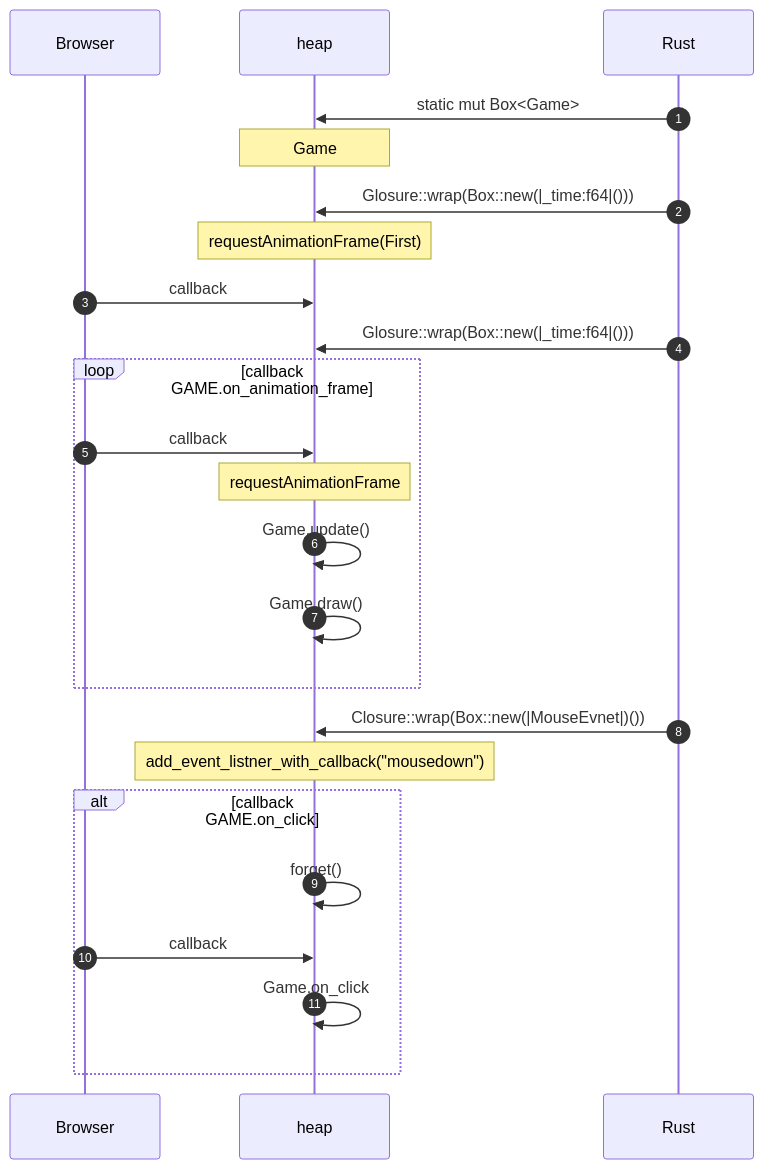
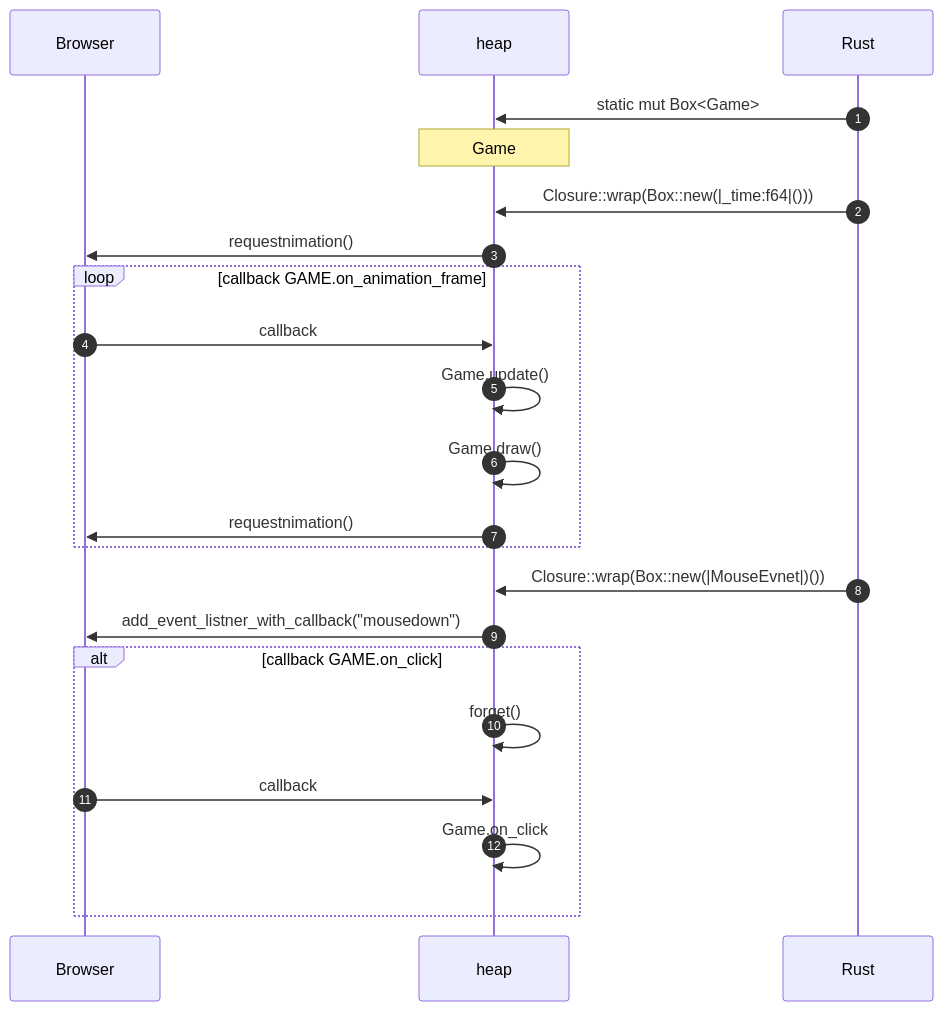
Before and after one commit to myurioka/demo01: the diagram in README.md, drawn with Mermaid. The commit also changed other lines of this file, not shown here.

Commit message:
I've edited  README to modify Sequence Diagram.

````diff
--- a/README.md
+++ b/README.md
@@ -31,27 +31,24 @@
 ```mermaid
 sequenceDiagram
     autonumber
     participant B as Browser
     participant H as heap
     participant R as Rust
-
     R->>H: static mut Box<Game>
     note over H: Game
-    R->>H: Glosure::wrap(Box::new(|_time:f64|()))
-    note over H: requestAnimationFrame(First)
-    B->>H: callback
-    R->>H: Glosure::wrap(Box::new(|_time:f64|()))
+    R->>H: Closure::wrap(Box::new(|_time:f64|()))
+    H->>B: requestnimation()
     loop callback GAME.on_animation_frame
     B->>H: callback
-    note over H: requestAnimationFrame
     H->>H: Game.update()
     H->>H: Game.draw()
+    H->>B: requestnimation()
     end
     R->>H: Closure::wrap(Box::new(|MouseEvnet|)())
-    note over H: add_event_listner_with_callback("mousedown")
+    H->>B: add_event_listner_with_callback("mousedown")
     alt callback GAME.on_click
     H->>H: forget()
     B->>H: callback
     H->>H: Game.on_click
     end
 ```
````
